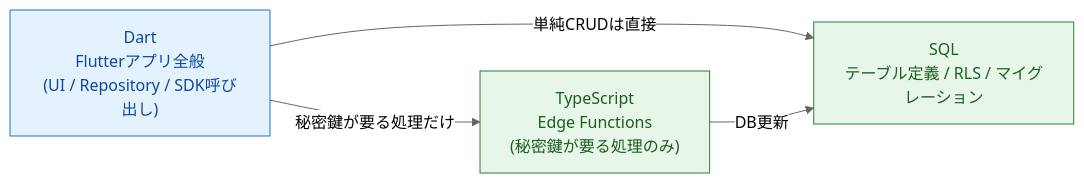
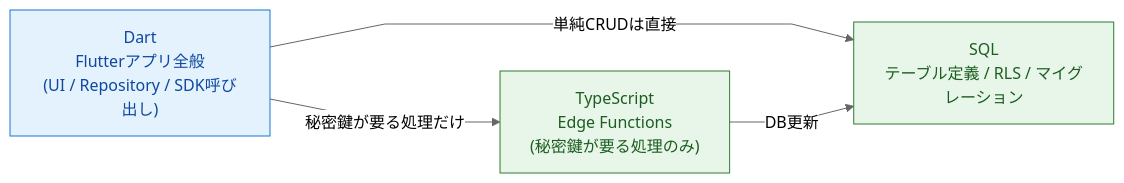
The third of 7 diagrams in docs/architecture.md (komikonkon/Rakuku), drawn with Mermaid (neutral theme) before and after one commit. The commit also changed other lines of this file and 1 other file, not shown here.

First line of the commit message:
Rework diagrams per LIG zukai guidelines: straight lines, fewer crossings, eye-flow

````diff
--- a/docs/architecture.md
+++ b/docs/architecture.md
@@ -118,13 +127,14 @@
 ```mermaid
+%%{init: {'flowchart': {'curve': 'linear', 'rankSpacing': 70}}}%%
 flowchart LR
     Dart["Dart<br/>Flutterアプリ全般<br/>(UI / Repository / SDK呼び出し)"]:::app
     TS["TypeScript<br/>Edge Functions<br/>(秘密鍵が要る処理のみ)"]:::sb
     SQL["SQL<br/>テーブル定義 / RLS / マイグレーション"]:::sb
 
     Dart -->|単純CRUDは直接| SQL
     Dart -->|秘密鍵が要る処理だけ| TS
     TS -->|DB更新| SQL
 
     classDef app fill:#E3F2FD,stroke:#1976D2,color:#0D47A1;
     classDef sb  fill:#E8F5E9,stroke:#2E7D32,color:#1B5E20;
 ```
````
